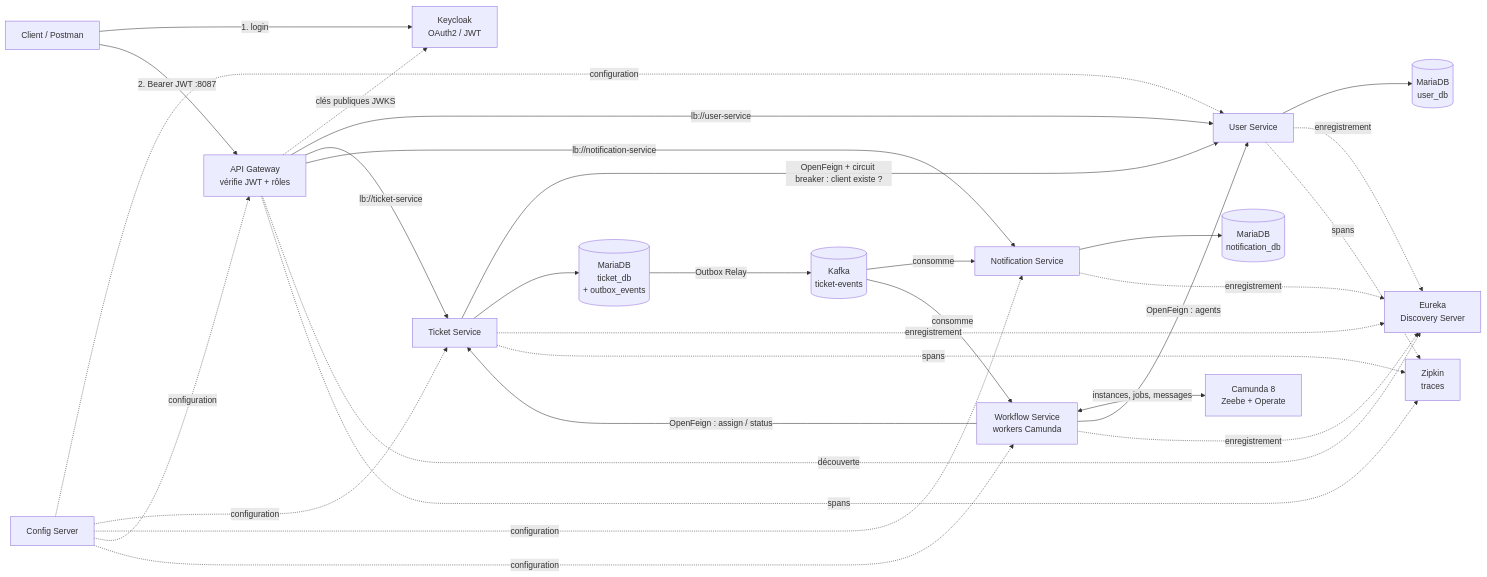
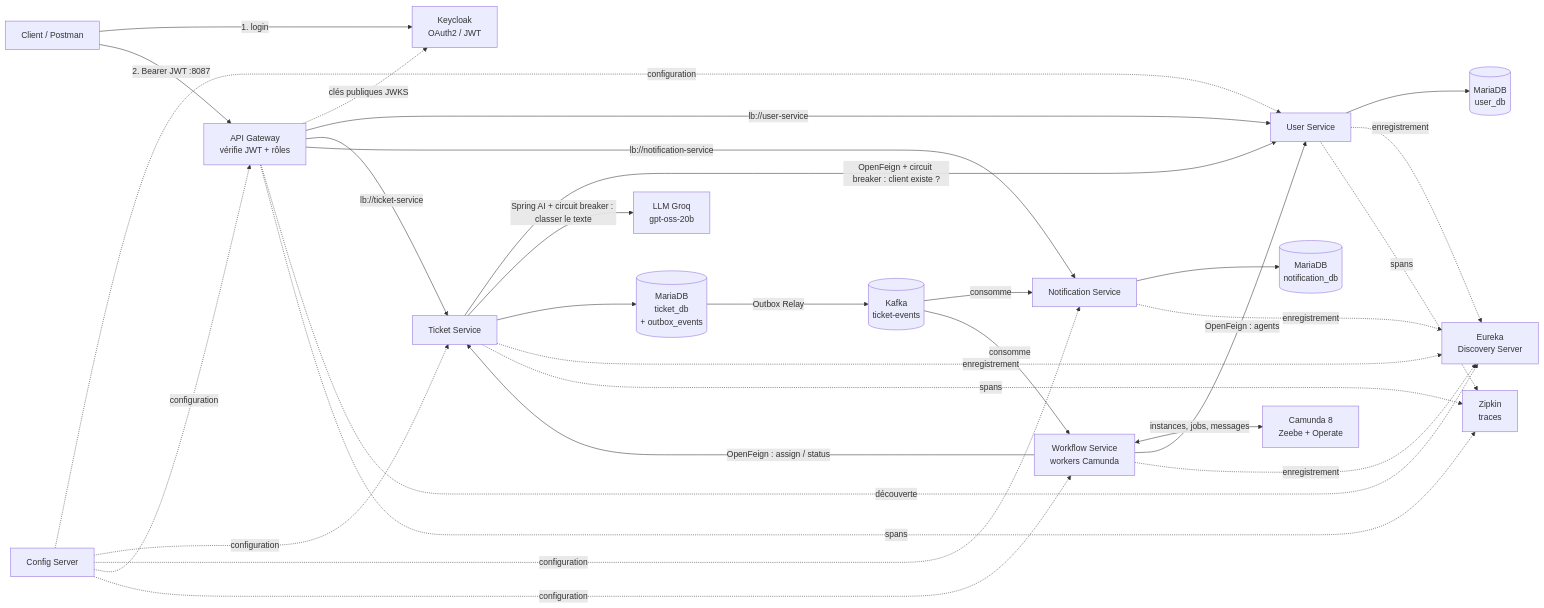
One commit to anasxaz/ticketflow changed the first of 6 diagrams in README.md. Above: the diagram before and after it, drawn with Mermaid. The commit also changed other lines of this file, not shown here.

````diff
--- a/README.md
+++ b/README.md
@@ -13,40 +15,41 @@
 ```mermaid
 flowchart LR
     C[Client / Postman] -->|1. login| KC[Keycloak<br/>OAuth2 / JWT]
     C -->|2. Bearer JWT :8087| GW[API Gateway<br/>vérifie JWT + rôles]
     GW -. clés publiques JWKS .-> KC
 
     GW -->|lb://user-service| US[User Service]
     GW -->|lb://ticket-service| TS[Ticket Service]
     GW -->|lb://notification-service| NS[Notification Service]
 
     TS -->|OpenFeign + circuit breaker : client existe ?| US
+    TS -->|Spring AI + circuit breaker : classer le texte| LLM[LLM Groq<br/>gpt-oss-20b]
     TS --> TDB[(MariaDB<br/>ticket_db<br/>+ outbox_events)]
     TDB -->|Outbox Relay| K[(Kafka<br/>ticket-events)]
     K -->|consomme| NS
     K -->|consomme| WS[Workflow Service<br/>workers Camunda]
     WS <-->|instances, jobs, messages| CA[Camunda 8<br/>Zeebe + Operate]
     WS -->|OpenFeign : agents| US
     WS -->|OpenFeign : assign / status| TS
 
     US --> UDB[(MariaDB<br/>user_db)]
     NS --> NDB[(MariaDB<br/>notification_db)]
 
     CS[Config Server] -. configuration .-> US
     CS -. configuration .-> TS
     CS -. configuration .-> NS
     CS -. configuration .-> GW
     CS -. configuration .-> WS
 
     EU[Eureka<br/>Discovery Server]
     US -. enregistrement .-> EU
     TS -. enregistrement .-> EU
     NS -. enregistrement .-> EU
     WS -. enregistrement .-> EU
     GW -. découverte .-> EU
 
     ZK[Zipkin<br/>traces]
     GW -. spans .-> ZK
     TS -. spans .-> ZK
     US -. spans .-> ZK
 ```
````
